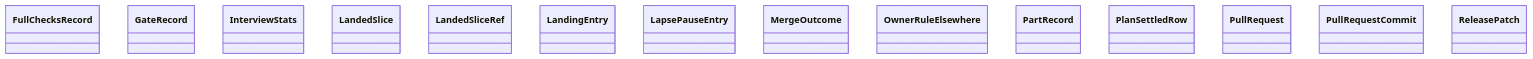
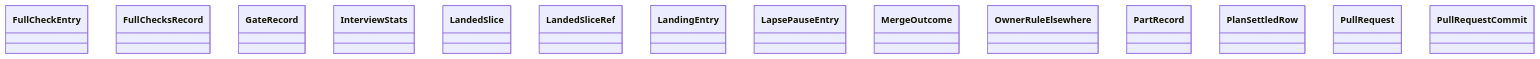
The diagram in docs/architecture/generated/classes-process-domain-state-4.md (GonzaloZevallos/agentic-system), drawn with Mermaid before and after one commit. The commit also changed 9 other files, not shown here.

````diff
--- a/docs/architecture/generated/classes-process-domain-state-4.md
+++ b/docs/architecture/generated/classes-process-domain-state-4.md
@@ -21,17 +21,17 @@
 ```mermaid
 classDiagram
+    class task__FullCheckEntry["FullCheckEntry"]
     class task__FullChecksRecord["FullChecksRecord"]
     class task__GateRecord["GateRecord"]
     class task__InterviewStats["InterviewStats"]
     class task__LandedSlice["LandedSlice"]
     class task__LandedSliceRef["LandedSliceRef"]
     class task__LandingEntry["LandingEntry"]
     class task__LapsePauseEntry["LapsePauseEntry"]
     class task__MergeOutcome["MergeOutcome"]
     class task__OwnerRuleElsewhere["OwnerRuleElsewhere"]
     class task__PartRecord["PartRecord"]
     class task__PlanSettledRow["PlanSettledRow"]
     class task__PullRequest["PullRequest"]
     class task__PullRequestCommit["PullRequestCommit"]
-    class task__ReleasePatch["ReleasePatch"]
 ```
````
